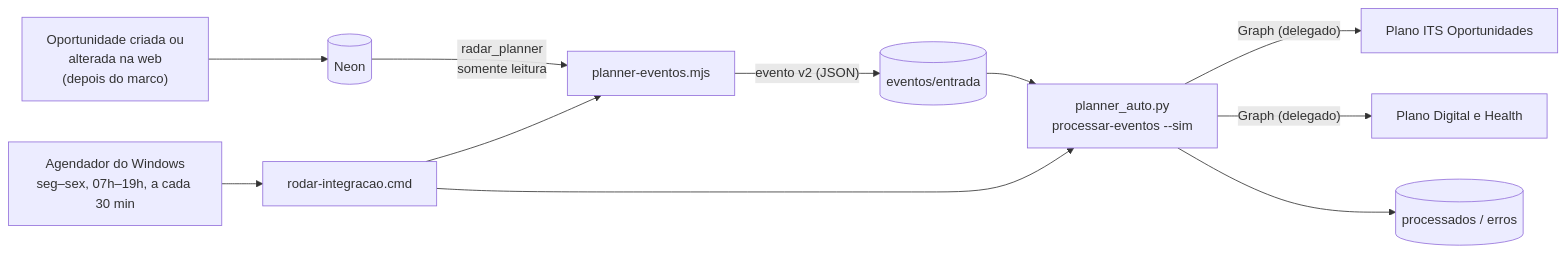
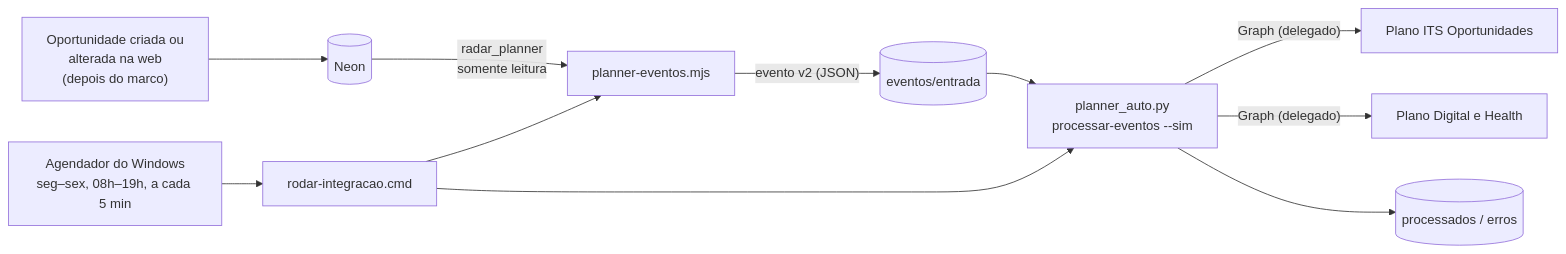
The fourth of 7 diagrams in docs/ARQUITETURA.md (agentanalisedegoverno-svg/dashboard-metrics-team), drawn with Mermaid before and after one commit. The commit also changed other lines of this file and 15 other files, not shown here.

````diff
--- a/docs/ARQUITETURA.md
+++ b/docs/ARQUITETURA.md
@@ -147,13 +147,13 @@
 ```mermaid
 flowchart LR
   W["Oportunidade criada ou<br/>alterada na web<br/>(depois do marco)"] --> DB[("Neon")]
   DB -->|"radar_planner<br/>somente leitura"| EXP["planner-eventos.mjs"]
   EXP -->|"evento v2 (JSON)"| EV[("eventos/entrada")]
-  AGD["Agendador do Windows<br/>seg–sex, 07h–19h, a cada 30 min"] --> RUN["rodar-integracao.cmd"]
+  AGD["Agendador do Windows<br/>seg–sex, 08h–19h, a cada 5 min"] --> RUN["rodar-integracao.cmd"]
   RUN --> EXP
   RUN --> PA["planner_auto.py<br/>processar-eventos --sim"]
   EV --> PA
   PA -->|"Graph (delegado)"| P1["Plano ITS Oportunidades"]
   PA -->|"Graph (delegado)"| P2["Plano Digital e Health"]
   PA --> EV2[("processados / erros")]
 ```
````
